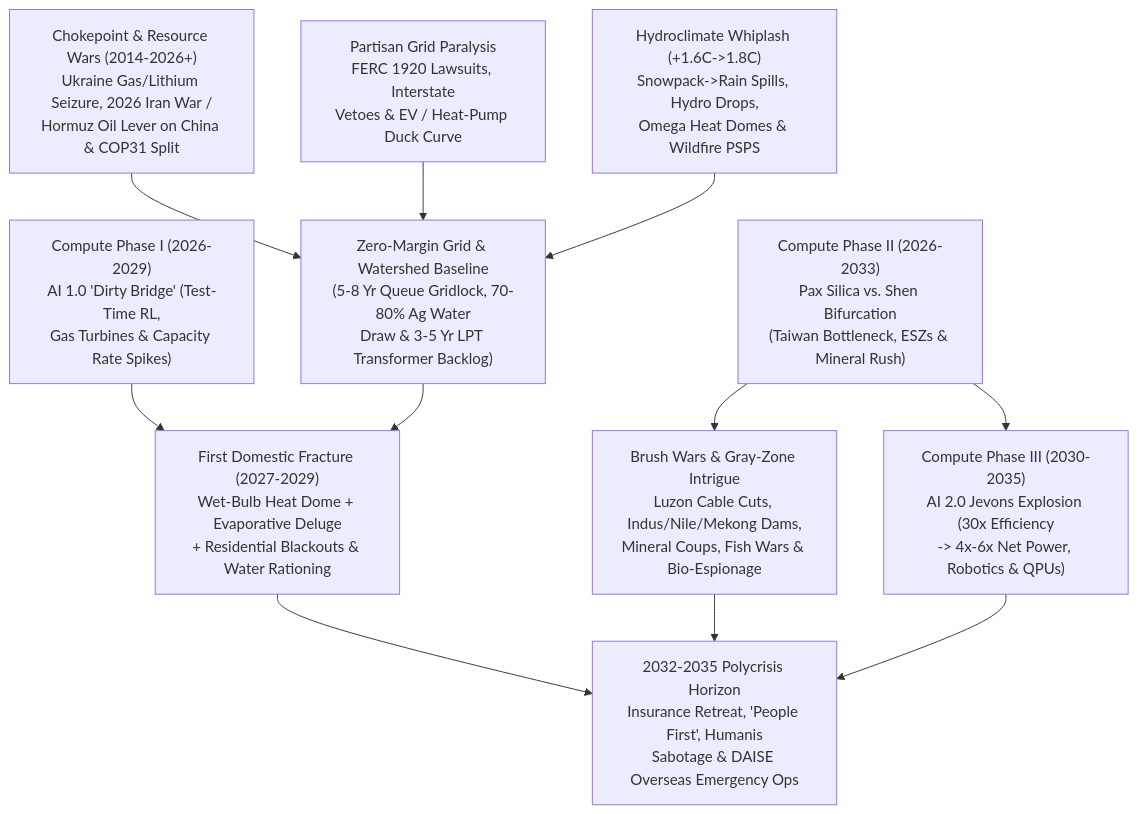
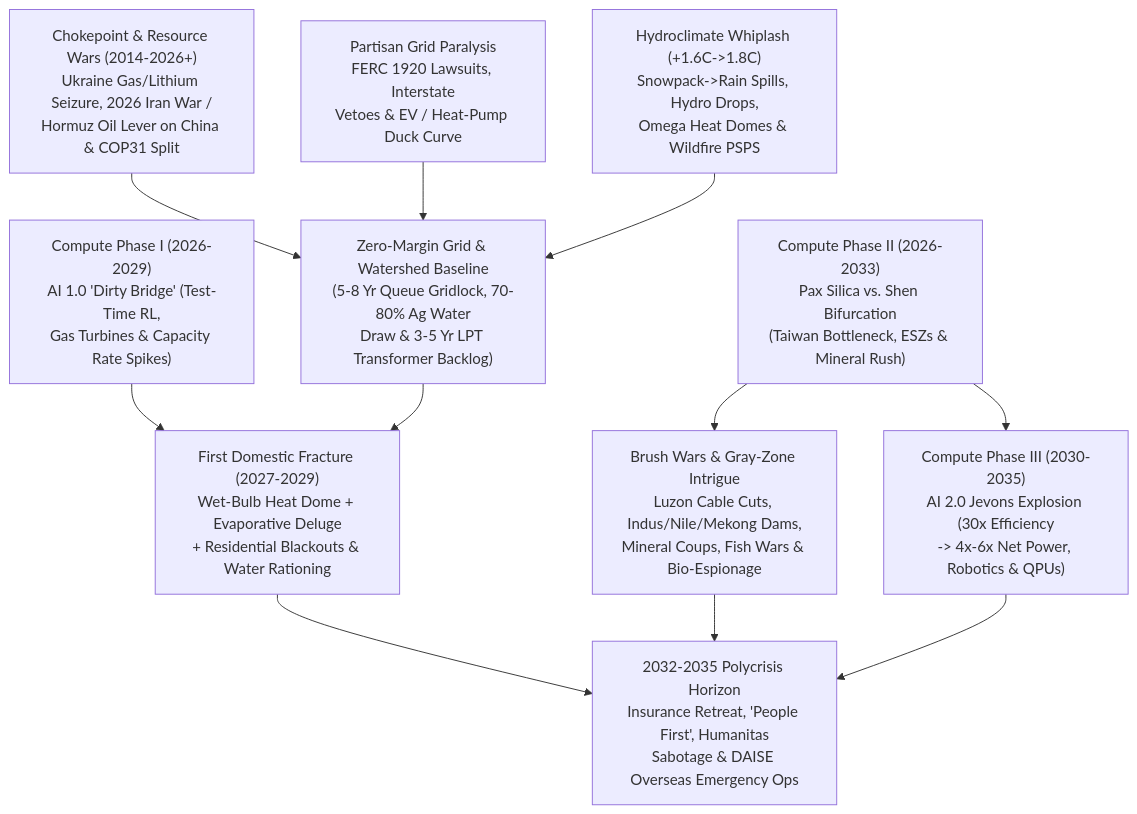
Before and after one commit to rarebreed/satya: the diagram in docs/campaign/05-hard-science-foundations/ecology_energy_and_resource_realpolitik.md, drawn with Mermaid. The commit also changed other lines of this file and 37 other files, not shown here.

````diff
--- a/docs/campaign/05-hard-science-foundations/ecology_energy_and_resource_realpolitik.md
+++ b/docs/campaign/05-hard-science-foundations/ecology_energy_and_resource_realpolitik.md
@@ -15,13 +15,13 @@
 ```mermaid
 flowchart TD
     Geo["Chokepoint & Resource Wars (2014-2026+)\nUkraine Gas/Lithium Seizure, 2026 Iran War /\nHormuz Oil Lever on China & COP31 Split"] --> Margin["Zero-Margin Grid & Watershed Baseline\n(5-8 Yr Queue Gridlock, 70-80% Ag Water\nDraw & 3-5 Yr LPT Transformer Backlog)"]
     GridPol["Partisan Grid Paralysis\nFERC 1920 Lawsuits, Interstate\nVetoes & EV / Heat-Pump Duck Curve"] --> Margin
     Weather["Hydroclimate Whiplash (+1.6C->1.8C)\nSnowpack->Rain Spills, Hydro Drops,\nOmega Heat Domes & Wildfire PSPS"] --> Margin
     P1["Compute Phase I (2026-2029)\nAI 1.0 'Dirty Bridge' (Test-Time RL,\nGas Turbines & Capacity Rate Spikes)"] --> Fracture["First Domestic Fracture (2027-2029)\nWet-Bulb Heat Dome + Evaporative Deluge\n+ Residential Blackouts & Water Rationing"]
     Margin --> Fracture
     Pax["Compute Phase II (2026-2033)\nPax Silica vs. Shen Bifurcation\n(Taiwan Bottleneck, ESZs & Mineral Rush)"] --> Brush["Brush Wars & Gray-Zone Intrigue\nLuzon Cable Cuts, Indus/Nile/Mekong Dams,\nMineral Coups, Fish Wars & Bio-Espionage"]
     Pax --> Jevons["Compute Phase III (2030-2035)\nAI 2.0 Jevons Explosion (30x Efficiency\n-> 4x-6x Net Power, Robotics & QPUs)"]
-    Fracture --> Politics["2032-2035 Polycrisis Horizon\nInsurance Retreat, 'People First', Humanis\nSabotage & DAISE Overseas Emergency Ops"]
+    Fracture --> Politics["2032-2035 Polycrisis Horizon\nInsurance Retreat, 'People First', Humanitas\nSabotage & DAISE Overseas Emergency Ops"]
     Brush --> Politics
     Jevons --> Politics
 ```
````
